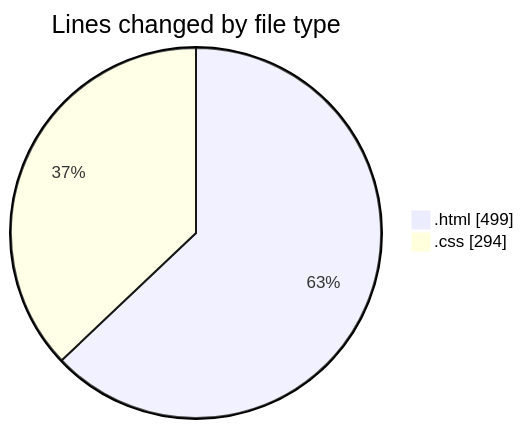
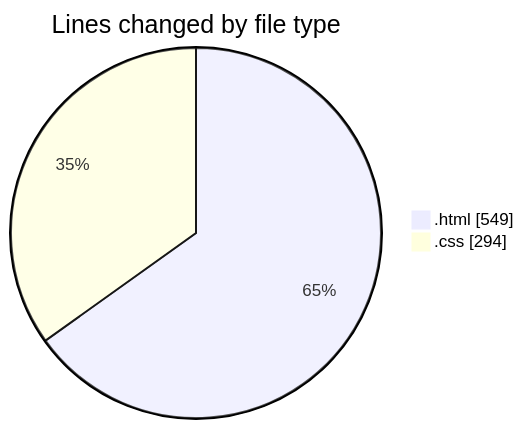
One commit to CELIANVF/code-tracking changed the first of 2 diagrams in 2025-04-15/portfolio/README.md. Above: the diagram before and after it, drawn with Mermaid. The commit also changed other lines of this file and 1 other file, not shown here.

````diff
--- a/2025-04-15/portfolio/README.md
+++ b/2025-04-15/portfolio/README.md
@@ -21,6 +21,6 @@
 ```mermaid
 pie showData
 title Lines changed by file type
-".html" : 499
+".html" : 549
 ".css" : 294
 ```
````
